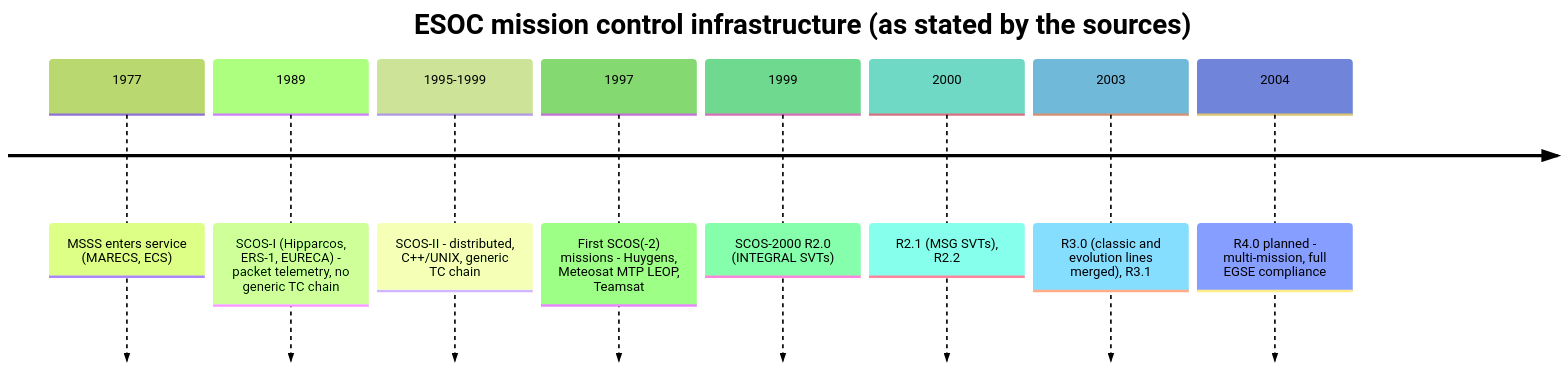
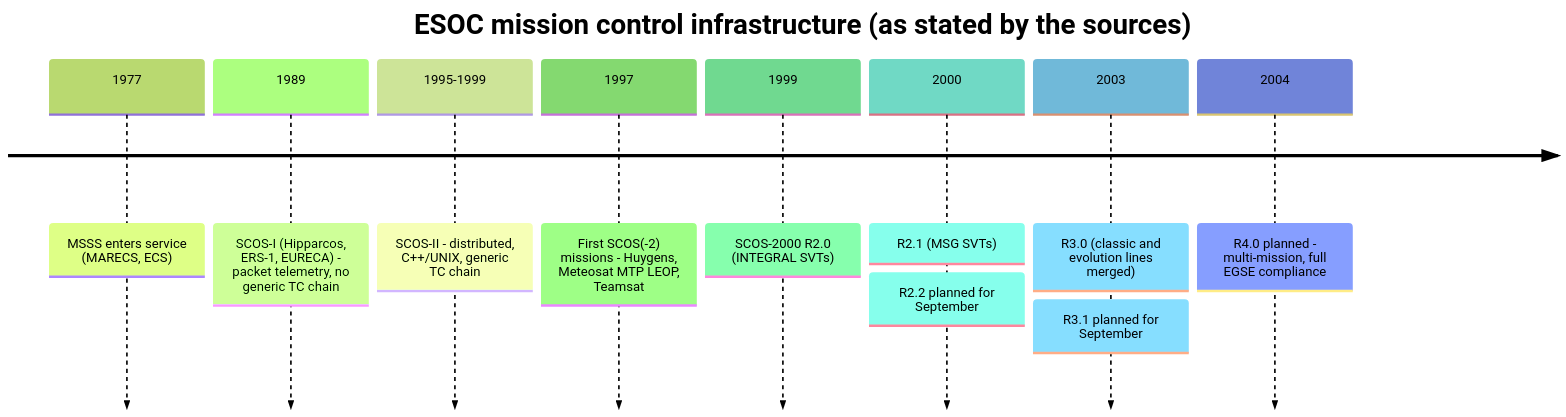
One commit to feiteira/OPEN-SPACE-INFO changed the first of 2 diagrams in docs/missions/other-missions.md. Above: the diagram before and after it, drawn with Mermaid (forest theme). The commit also changed other lines of this file and 1311 other files, not shown here.

````diff
--- a/docs/missions/other-missions.md
+++ b/docs/missions/other-missions.md
@@ -38,12 +38,12 @@
 ```mermaid
 timeline
   title ESOC mission control infrastructure (as stated by the sources)
   1977 : MSSS enters service (MARECS, ECS)
   1989 : SCOS-I (Hipparcos, ERS-1, EURECA) - packet telemetry, no generic TC chain
   1995-1999 : SCOS-II - distributed, C++/UNIX, generic TC chain
   1997 : First SCOS(-2) missions - Huygens, Meteosat MTP LEOP, Teamsat
   1999 : SCOS-2000 R2.0 (INTEGRAL SVTs)
-  2000 : R2.1 (MSG SVTs), R2.2
-  2003 : R3.0 (classic and evolution lines merged), R3.1
+  2000 : R2.1 (MSG SVTs) : R2.2 planned for September
+  2003 : R3.0 (classic and evolution lines merged) : R3.1 planned for September
   2004 : R4.0 planned - multi-mission, full EGSE compliance
 ```
````
